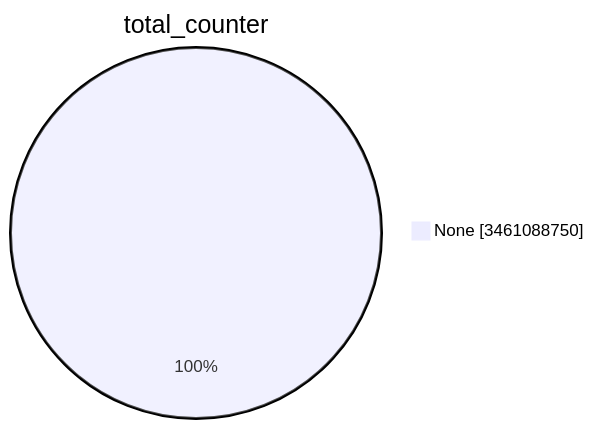
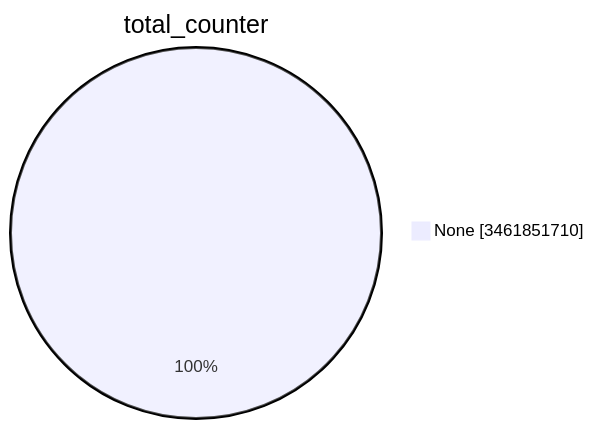
Before and after one commit to christiankrug/ctmonitor_visualization: the first of 15 diagrams in TOTAL/README.md, drawn with Mermaid. The commit also changed other lines of this file, not shown here.

````diff
--- a/TOTAL/README.md
+++ b/TOTAL/README.md
@@ -1,5 +1,5 @@
 ```mermaid
 pie showData
 title total_counter
-"None" :3461088750
+"None" :3461851710
 ```
````
